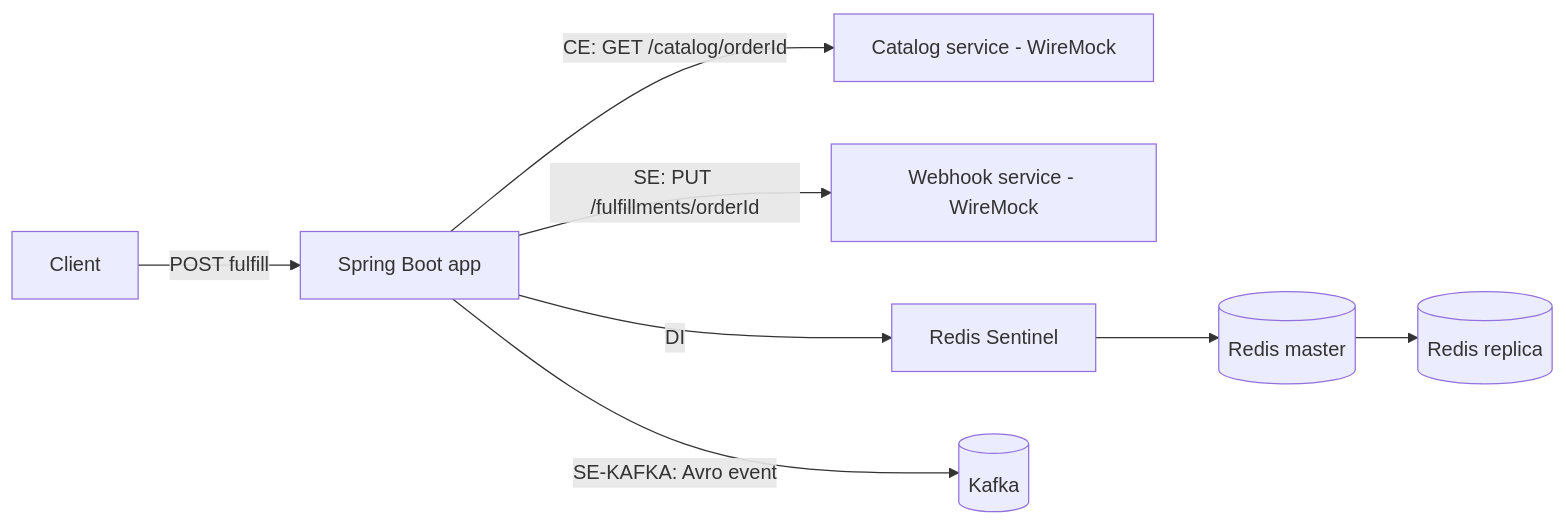
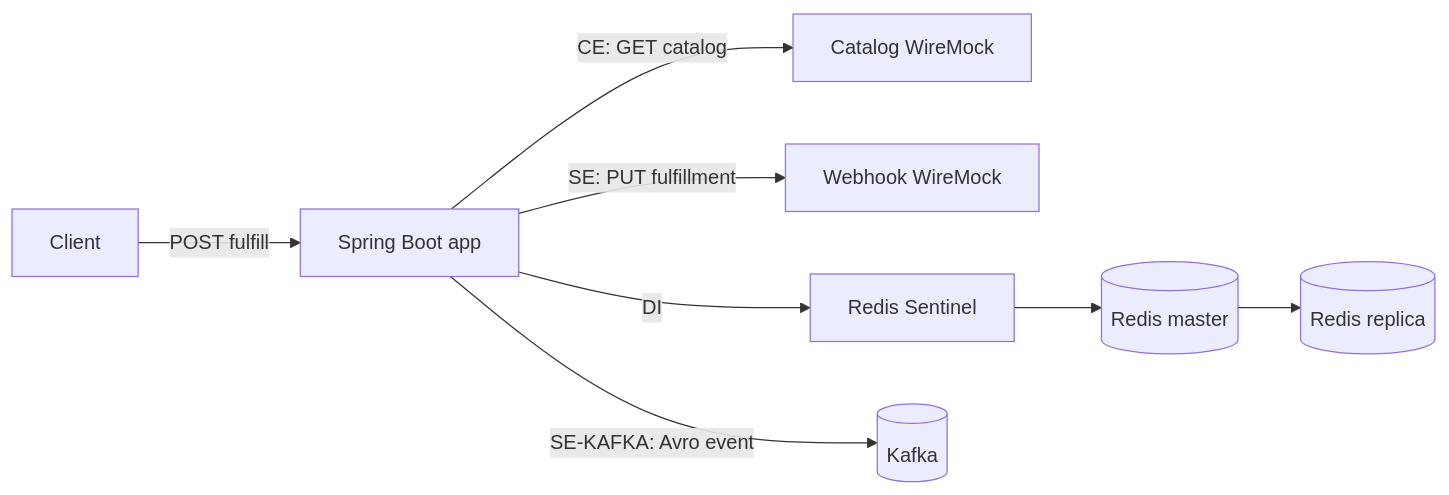
One commit to RudsonCarvalho/resilience-golden-demo changed the diagram in README.md. Above: the diagram before and after it, drawn with Mermaid. The commit also changed other lines of this file and 66 other files, not shown here.

First line of the commit message:
Reorganize architecture and migrate golden demo to CRAFT

````diff
--- a/README.md
+++ b/README.md
@@ -30,10 +37,10 @@
 ```mermaid
 flowchart LR
     U[Client] -->|POST fulfill| APP[Spring Boot app]
-    APP -->|CE: GET /catalog/orderId| CAT[Catalog service - WireMock]
-    APP -->|SE: PUT /fulfillments/orderId| WH[Webhook service - WireMock]
+    APP -->|CE: GET catalog| CAT[Catalog WireMock]
+    APP -->|SE: PUT fulfillment| WH[Webhook WireMock]
     APP -->|DI| RS[Redis Sentinel]
     RS --> RM[(Redis master)]
     RM --> RR[(Redis replica)]
     APP -->|SE-KAFKA: Avro event| K[(Kafka)]
 ```
````
